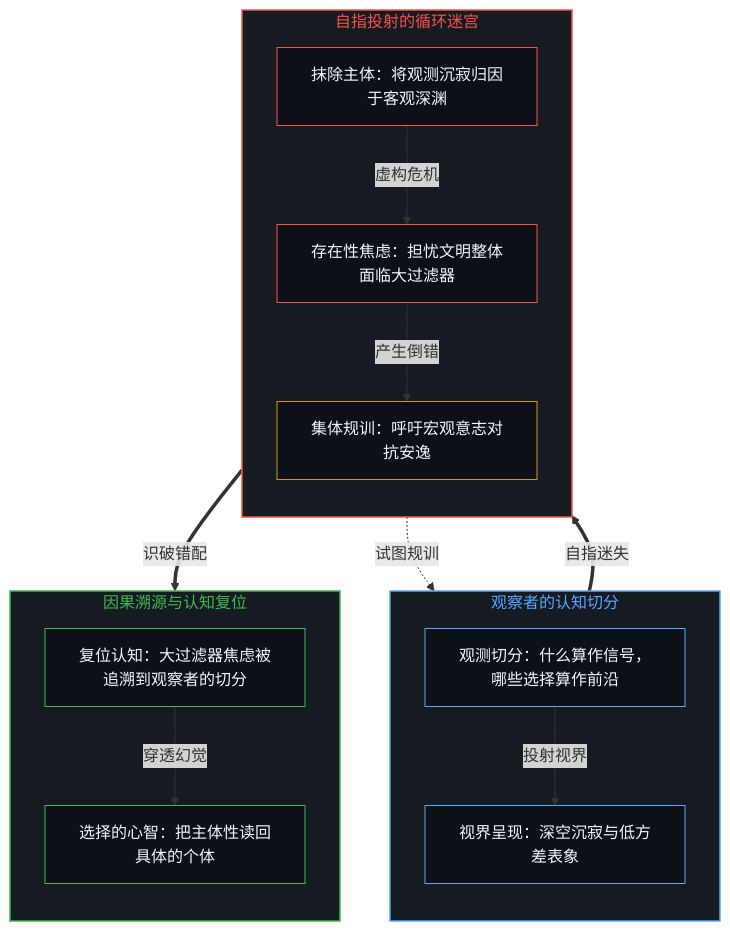
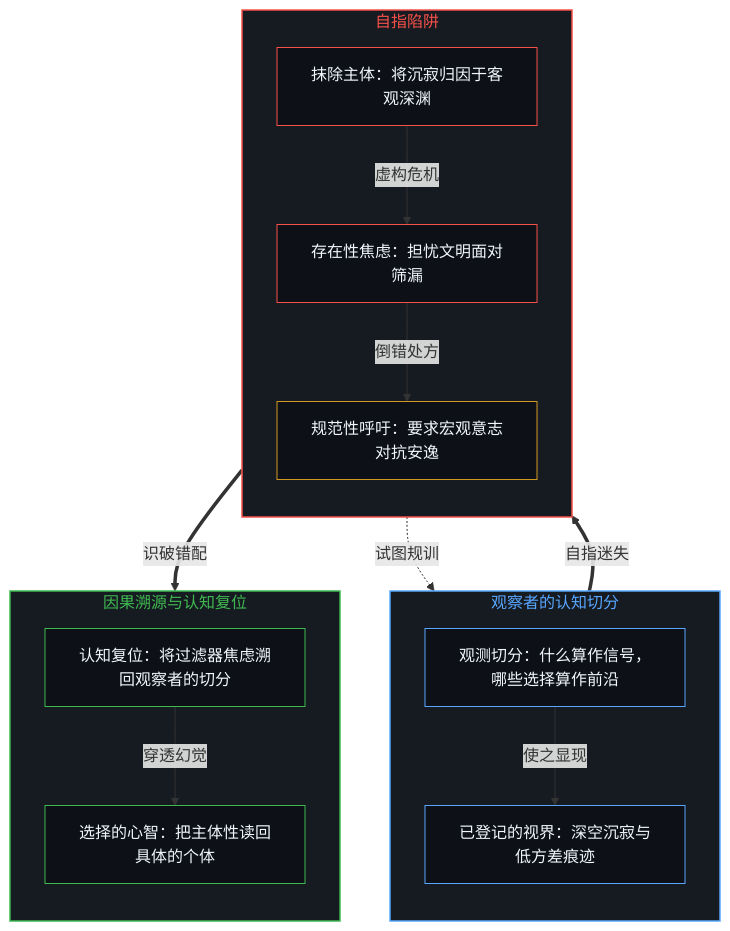
One commit to powerpig99/not-a-toe changed the third of 6 diagrams in content/posts/the-fermi-paradox-reified-agency-and-the-great-filter.md. Above: the diagram before and after it, drawn with Mermaid. The commit also changed other lines of this file and 2 other files, not shown here.

````diff
--- a/content/posts/the-fermi-paradox-reified-agency-and-the-great-filter.md
+++ b/content/posts/the-fermi-paradox-reified-agency-and-the-great-filter.md
@@ -109,36 +109,36 @@
 ```mermaid
 flowchart TD
     subgraph S_Cut ["观察者的认知切分"]
         direction TB
         CUT["观测切分：什么算作信号，哪些选择算作前沿"]
-        SIL["视界呈现：深空沉寂与低方差表象"]
+        SIL["已登记的视界：深空沉寂与低方差痕迹"]
     end
-    subgraph S_Trap ["自指投射的循环迷宫"]
+    subgraph S_Trap ["自指陷阱"]
         direction TB
-        ERASE["抹除主体：将观测沉寂归因于客观深渊"]
-        DREAD["存在性焦虑：担忧文明整体面临大过滤器"]
-        MORAL["集体规训：呼吁宏观意志对抗安逸"]
+        ERASE["抹除主体：将沉寂归因于客观深渊"]
+        DREAD["存在性焦虑：担忧文明面对筛漏"]
+        MORAL["规范性呼吁：要求宏观意志对抗安逸"]
     end
     subgraph S_Ground ["因果溯源与认知复位"]
         direction TB
-        REC["复位认知：大过滤器焦虑被追溯到观察者的切分"]
+        REC["认知复位：将过滤器焦虑溯回观察者的切分"]
         MIND["选择的心智：把主体性读回具体的个体"]
     end
-    CUT -->|"投射视界"| SIL
+    CUT -->|"使之显现"| SIL
     SIL ==>|"自指迷失"| ERASE
     ERASE -->|"虚构危机"| DREAD
-    DREAD -->|"产生倒错"| MORAL
+    DREAD -->|"倒错处方"| MORAL
     MORAL -.->|"试图规训"| CUT
     DREAD ==>|"识破错配"| REC
     REC -->|"穿透幻觉"| MIND
     style S_Cut fill:#161b22,stroke:#58a6ff,stroke-width:1.5px,color:#58a6ff
     style S_Trap fill:#161b22,stroke:#f85149,stroke-width:1.5px,color:#f85149
     style S_Ground fill:#161b22,stroke:#3fb950,stroke-width:1.5px,color:#3fb950
     style CUT fill:#0d1117,stroke:#58a6ff,stroke-width:1px,color:#f0f6fc
     style SIL fill:#0d1117,stroke:#58a6ff,stroke-width:1px,color:#f0f6fc
     style ERASE fill:#0d1117,stroke:#f85149,stroke-width:1px,color:#f0f6fc
     style DREAD fill:#0d1117,stroke:#f85149,stroke-width:1px,color:#f0f6fc
     style MORAL fill:#0d1117,stroke:#d29922,stroke-width:1px,color:#f0f6fc
     style REC fill:#0d1117,stroke:#3fb950,stroke-width:1px,color:#f0f6fc
     style MIND fill:#0d1117,stroke:#3fb950,stroke-width:1px,color:#f0f6fc
 ```
````
